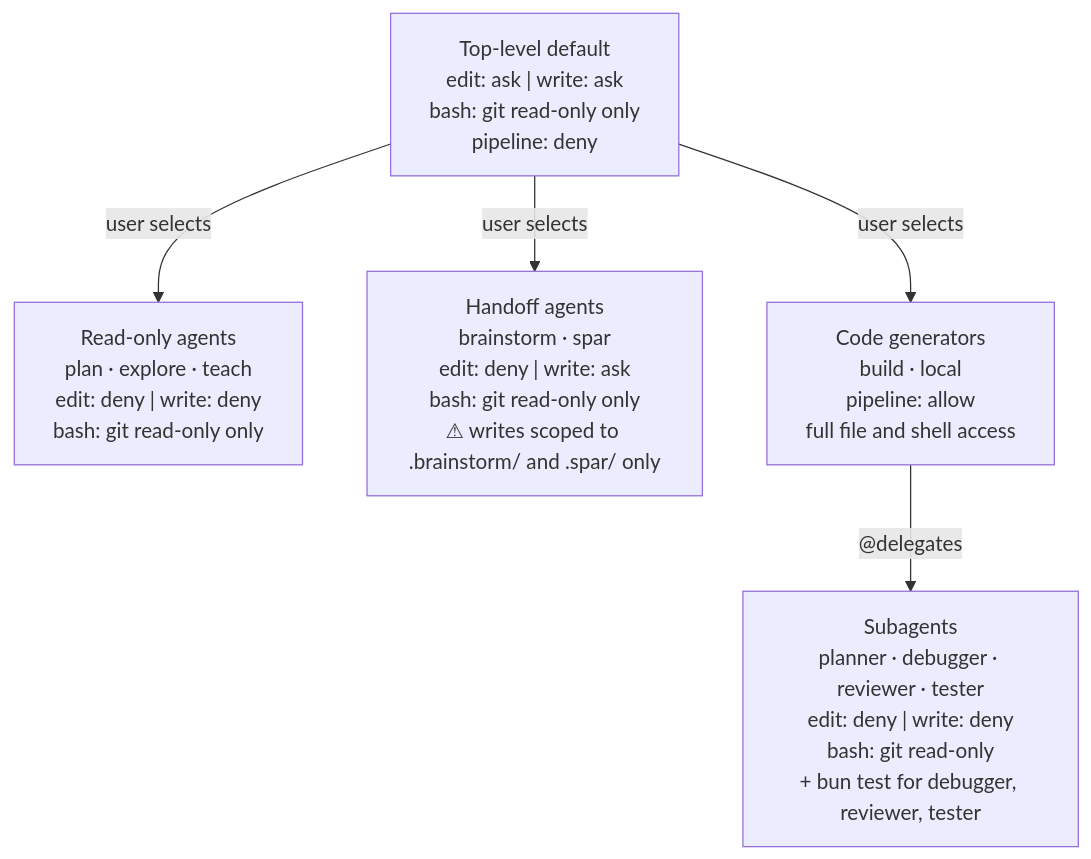
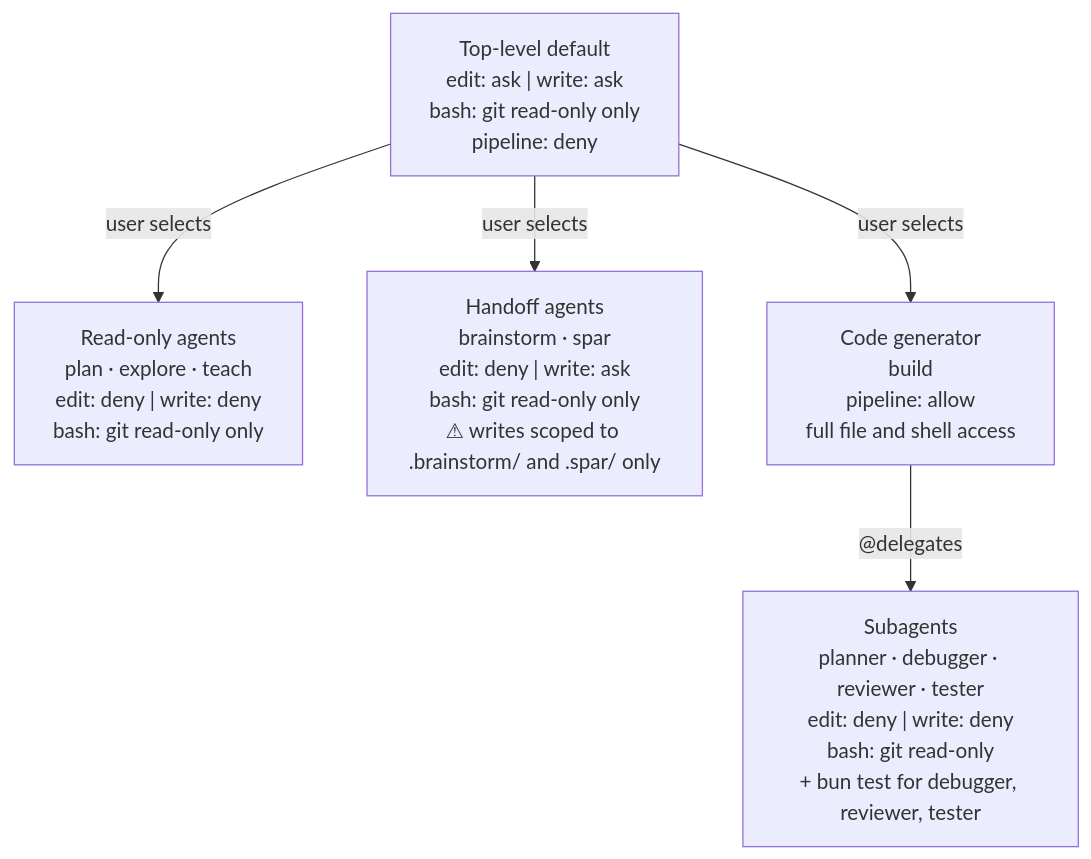
Before and after one commit to vansweej/ai-coding: the diagram in docs/agent-reference.md, drawn with Mermaid. The commit also changed other lines of this file and 3 other files, not shown here.

````diff
--- a/docs/agent-reference.md
+++ b/docs/agent-reference.md
@@ -491,17 +484,17 @@
 ```mermaid
 graph TD
     TL["Top-level default<br/>edit: ask | write: ask<br/>bash: git read-only only<br/>pipeline: deny"]
 
     RO["Read-only agents<br/>plan · explore · teach<br/>edit: deny | write: deny<br/>bash: git read-only only"]
 
     HO["Handoff agents<br/>brainstorm · spar<br/>edit: deny | write: ask<br/>bash: git read-only only<br/>⚠ writes scoped to .brainstorm/ and .spar/ only"]
 
-    CG["Code generators<br/>build · local<br/>pipeline: allow<br/>full file and shell access"]
+    CG["Code generator<br/>build<br/>pipeline: allow<br/>full file and shell access"]
 
     SA["Subagents<br/>planner · debugger · reviewer · tester<br/>edit: deny | write: deny<br/>bash: git read-only<br/>+ bun test for debugger, reviewer, tester"]
 
     TL -->|user selects| RO
     TL -->|user selects| HO
     TL -->|user selects| CG
     CG -->|"@delegates"| SA
 ```
````
